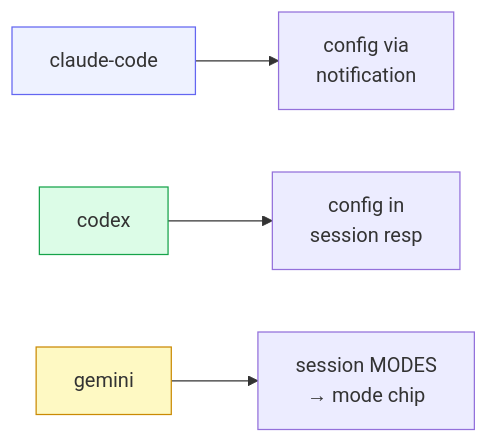
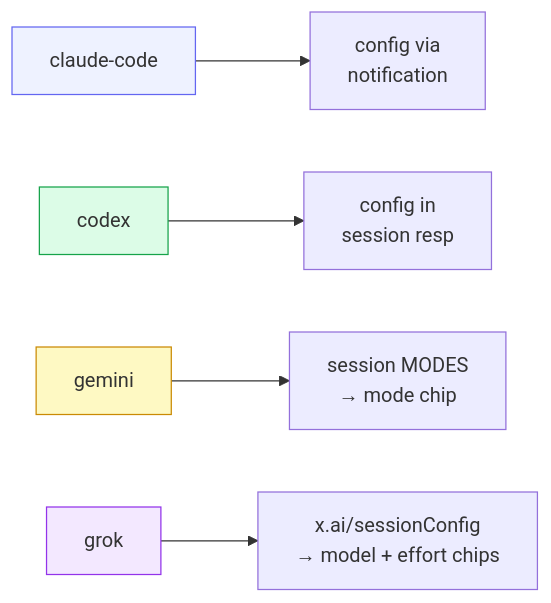
The diagram in docs/architecture/04-providers.md (dravengarden/cowboy), drawn with Mermaid before and after one commit. The commit also changed other lines of this file and 36 other files, not shown here.

````diff
--- a/docs/architecture/04-providers.md
+++ b/docs/architecture/04-providers.md
@@ -219,10 +241,12 @@
 ```mermaid
 flowchart LR
     CC["claude-code"] --> CFG1["config via<br/>notification"]
     CX["codex"] --> CFG2["config in<br/>session resp"]
     GM["gemini"] --> MODE["session MODES<br/>→ mode chip"]
+    GR["grok"] --> XCFG["x.ai/sessionConfig<br/>→ model + effort chips"]
 
     style CC fill:#eef2ff,stroke:#6366f1
     style CX fill:#dcfce7,stroke:#16a34a
     style GM fill:#fef9c3,stroke:#ca8a04
+    style GR fill:#f3e8ff,stroke:#9333ea
 ```
````
